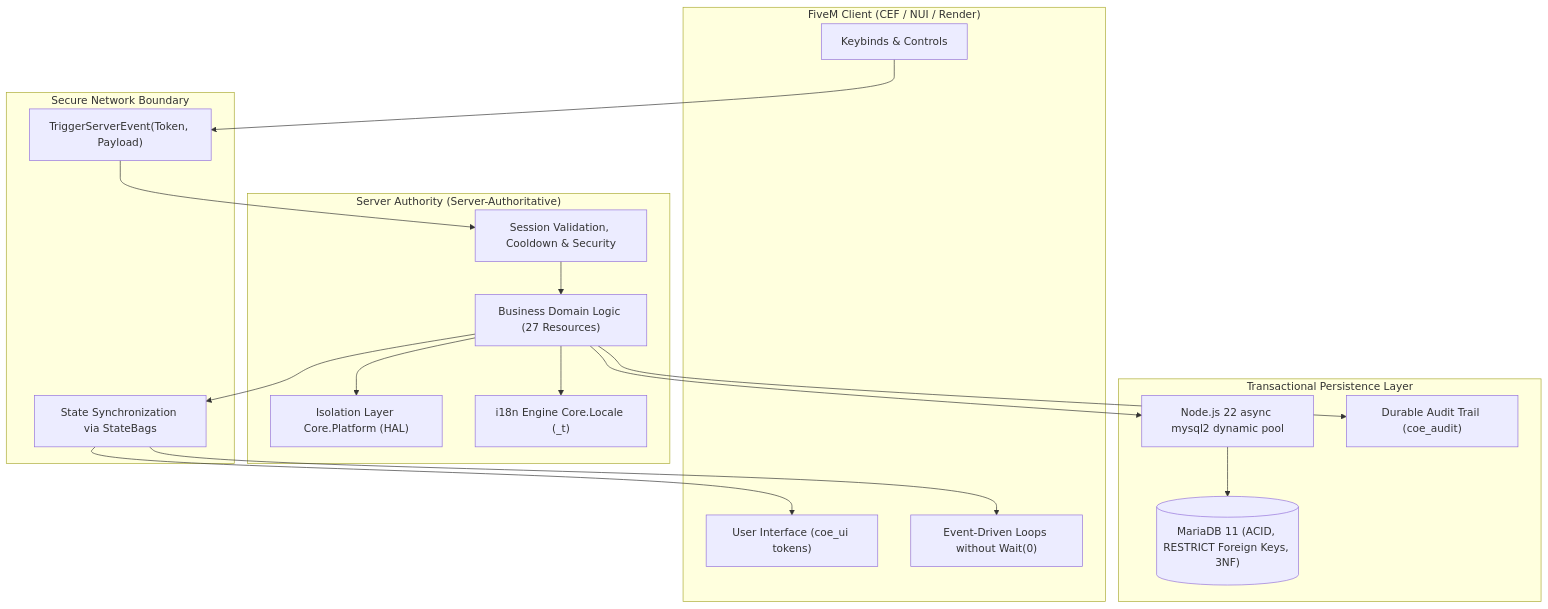
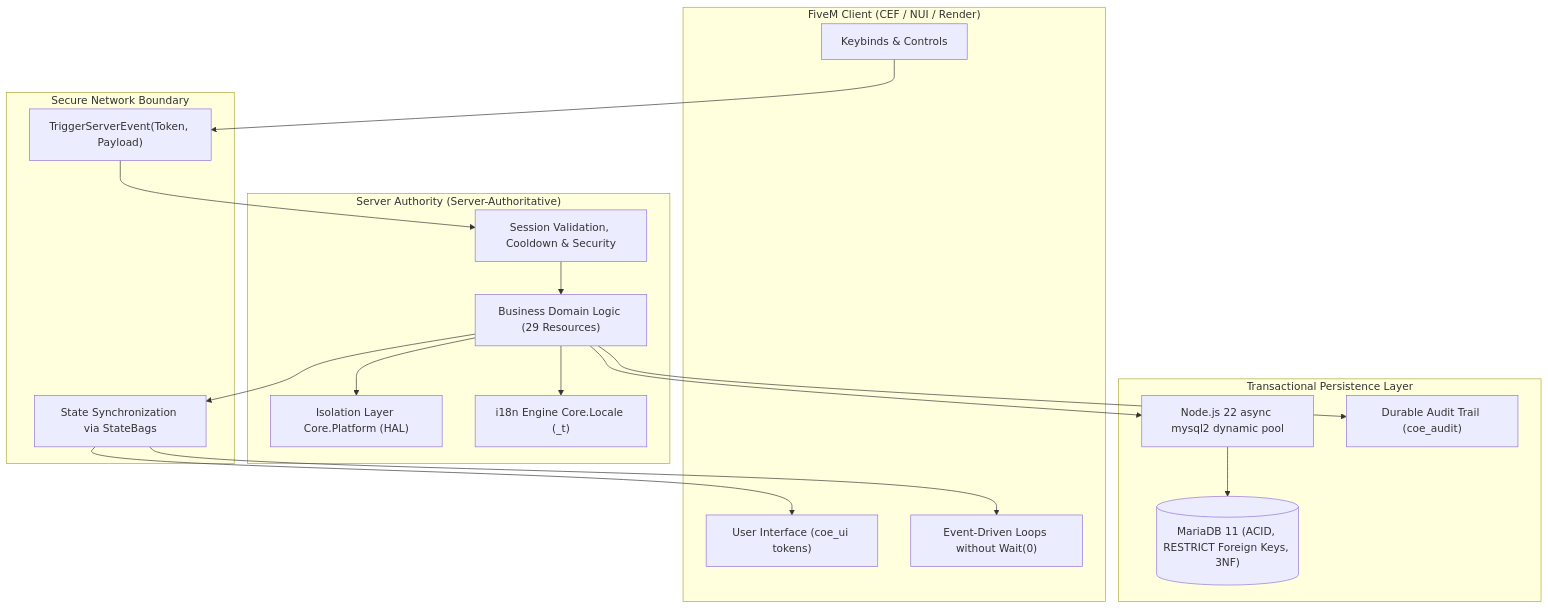
The diagram in README.md (marcelomatz/coe-framework), drawn with Mermaid before and after one commit. The commit also changed other lines of this file and 104 other files, not shown here.

````diff
--- a/README.md
+++ b/README.md
@@ -171,38 +171,38 @@
 ```mermaid
 flowchart TD
     subgraph Client["FiveM Client (CEF / NUI / Render)"]
         UI["User Interface (coe_ui tokens)"]
         Input["Keybinds & Controls"]
         OptimizedLoop["Event-Driven Loops without Wait(0)"]
     end
 
     subgraph Boundary["Secure Network Boundary"]
         Req["TriggerServerEvent(Token, Payload)"]
         Sync["State Synchronization via StateBags"]
     end
 
     subgraph Server["Server Authority (Server-Authoritative)"]
         Val["Session Validation, Cooldown & Security"]
         Platform["Isolation Layer Core.Platform (HAL)"]
-        Domain["Business Domain Logic (27 Resources)"]
+        Domain["Business Domain Logic (29 Resources)"]
         Locale["i18n Engine Core.Locale (_t)"]
     end
 
     subgraph Storage["Transactional Persistence Layer"]
         NodePool["Node.js 22 async mysql2 dynamic pool"]
         MariaDB[("MariaDB 11 (ACID, RESTRICT Foreign Keys, 3NF)")]
         Audit["Durable Audit Trail (coe_audit)"]
     end
 
     Input --> Req
     Req --> Val
     Val --> Domain
     Domain --> Platform
     Domain --> Locale
     Domain --> NodePool
     NodePool --> MariaDB
     Domain --> Audit
     Domain --> Sync
     Sync --> UI
     Sync --> OptimizedLoop
 ```
````
